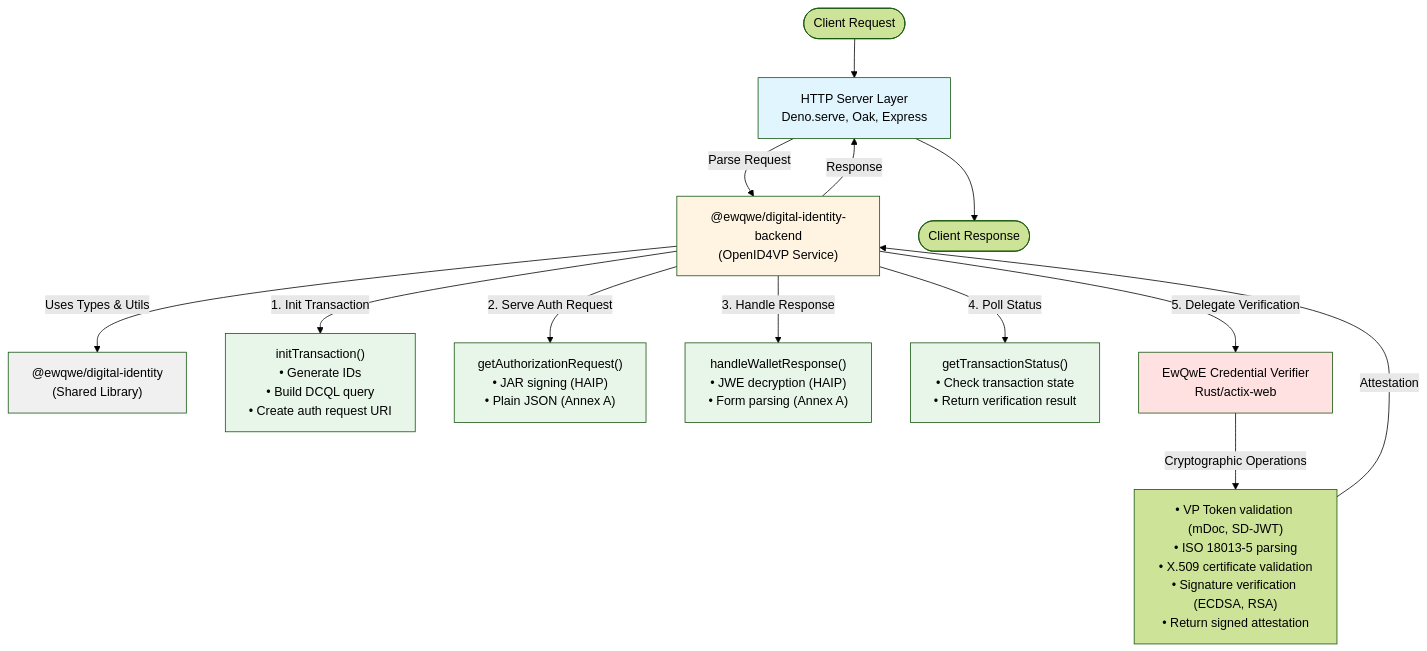
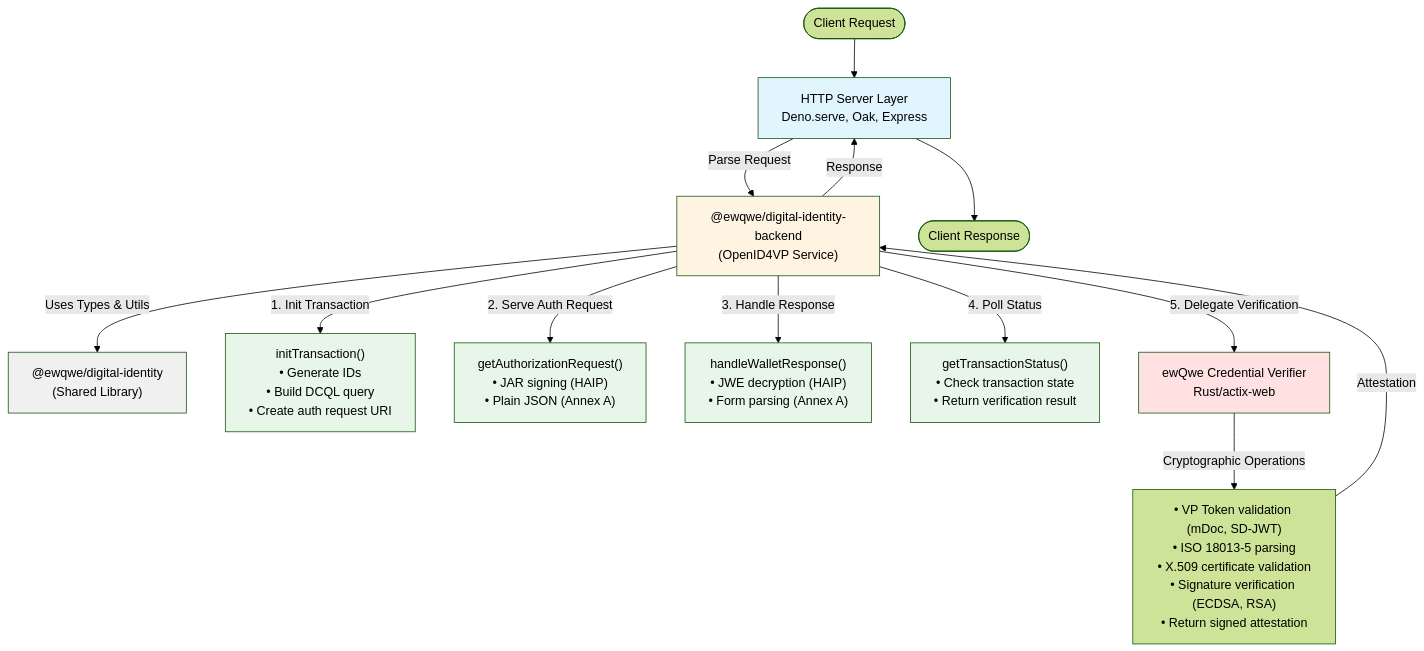
One commit to rd-ewqwe/ewqwe-identity changed the diagram in js-lib/ewqwe-digital-identity-backend/README.md. Above: the diagram before and after it, drawn with Mermaid (forest theme). The commit also changed other lines of this file and 21 other files, not shown here.

````diff
--- a/js-lib/ewqwe-digital-identity-backend/README.md
+++ b/js-lib/ewqwe-digital-identity-backend/README.md
@@ -313,33 +313,33 @@
 ```mermaid
 flowchart TD
     Start([Client Request]) --> HTTP[HTTP Server Layer<br/>Deno.serve, Oak, Express]
     
     HTTP --> |Parse Request| Backend["@ewqwe/digital-identity-backend<br/>(OpenID4VP Service)"]
     
     Backend --> |Uses Types & Utils| Frontend["@ewqwe/digital-identity<br/>(Shared Library)"]
     
     Backend --> |1. Init Transaction| Init["initTransaction()<br/>• Generate IDs<br/>• Build DCQL query<br/>• Create auth request URI"]
     
     Backend --> |2. Serve Auth Request| AuthReq["getAuthorizationRequest()<br/>• JAR signing (HAIP)<br/>• Plain JSON (Annex A)"]
     
     Backend --> |3. Handle Response| HandleResp["handleWalletResponse()<br/>• JWE decryption (HAIP)<br/>• Form parsing (Annex A)"]
     
     Backend --> |4. Poll Status| Status["getTransactionStatus()<br/>• Check transaction state<br/>• Return verification result"]
     
-    Backend --> |5. Delegate Verification| Verifier[EwQwE Credential Verifier<br/>Rust/actix-web]
+    Backend --> |5. Delegate Verification| Verifier[ewQwe Credential Verifier<br/>Rust/actix-web]
     
     Verifier --> |Cryptographic Operations| Crypto["• VP Token validation (mDoc, SD-JWT)<br/>• ISO 18013-5 parsing<br/>• X.509 certificate validation<br/>• Signature verification (ECDSA, RSA)<br/>• Return signed attestation"]
     
     Crypto --> |Attestation| Backend
     Backend --> |Response| HTTP
     HTTP --> End([Client Response])
     
     style HTTP fill:#e1f5ff
     style Backend fill:#fff4e1
     style Frontend fill:#f0f0f0
     style Verifier fill:#ffe1e1
     style Init fill:#e8f5e9
     style AuthReq fill:#e8f5e9
     style HandleResp fill:#e8f5e9
     style Status fill:#e8f5e9
 ```
````
